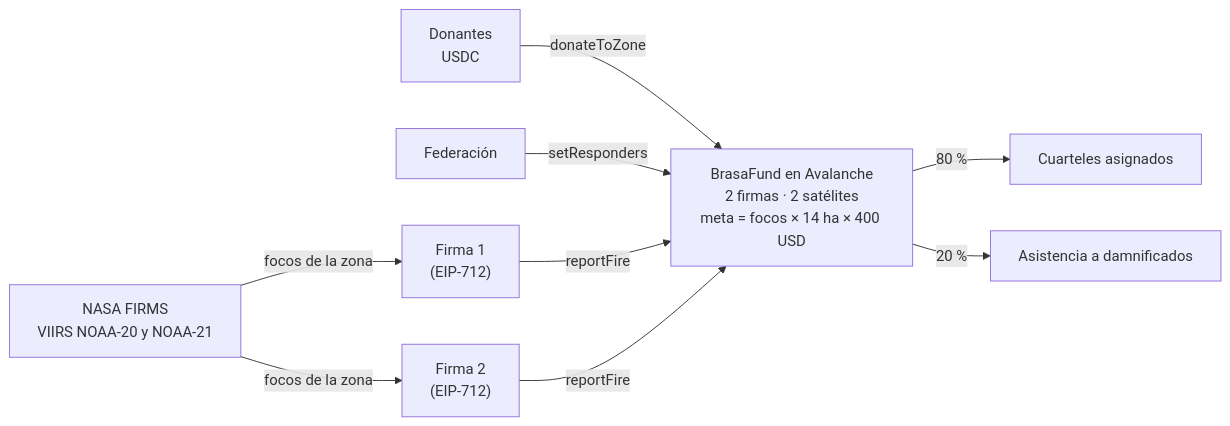
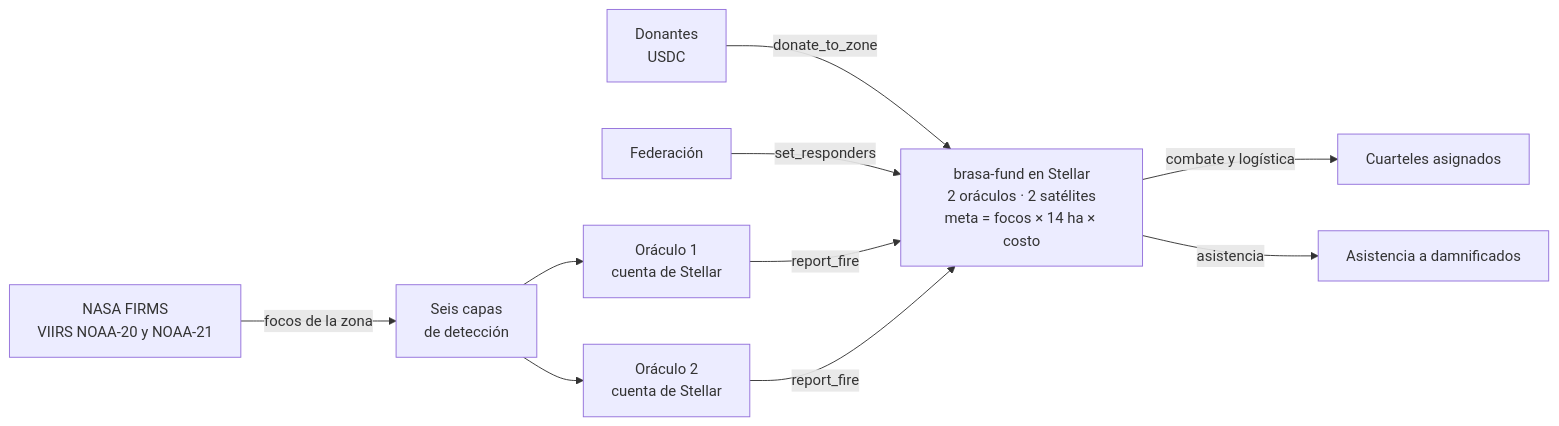
One commit to jfacundoayala/brasa changed the diagram in README.md. Above: the diagram before and after it, drawn with Mermaid. The commit also changed other lines of this file and 94 other files, not shown here.

First line of the commit message:
brasa en Stellar (#14)

````diff
--- a/README.md
+++ b/README.md
@@ -100,11 +112,12 @@
 ```mermaid
 flowchart LR
-  N["NASA FIRMS<br/>VIIRS NOAA-20 y NOAA-21"] -->|focos de la zona| O0["Firma 1<br/>(EIP-712)"]
-  N -->|focos de la zona| O1["Firma 2<br/>(EIP-712)"]
-  D["Donantes<br/>USDC"] -->|donateToZone| F
-  FED["Federación"] -->|setResponders| F
-  O0 -->|reportFire| F["BrasaFund en Avalanche<br/>2 firmas · 2 satélites<br/>meta = focos × 14 ha × 400 USD"]
-  O1 -->|reportFire| F
-  F -->|80 %| C["Cuarteles asignados"]
-  F -->|20 %| E["Asistencia a damnificados"]
+  N["NASA FIRMS<br/>VIIRS NOAA-20 y NOAA-21"] -->|focos de la zona| K["Seis capas<br/>de detección"]
+  K --> O0["Oráculo 1<br/>cuenta de Stellar"]
+  K --> O1["Oráculo 2<br/>cuenta de Stellar"]
+  D["Donantes<br/>USDC"] -->|donate_to_zone| F
+  FED["Federación"] -->|set_responders| F
+  O0 -->|report_fire| F["brasa-fund en Stellar<br/>2 oráculos · 2 satélites<br/>meta = focos × 14 ha × costo"]
+  O1 -->|report_fire| F
+  F -->|combate y logística| C["Cuarteles asignados"]
+  F -->|asistencia| E["Asistencia a damnificados"]
 ```
````
